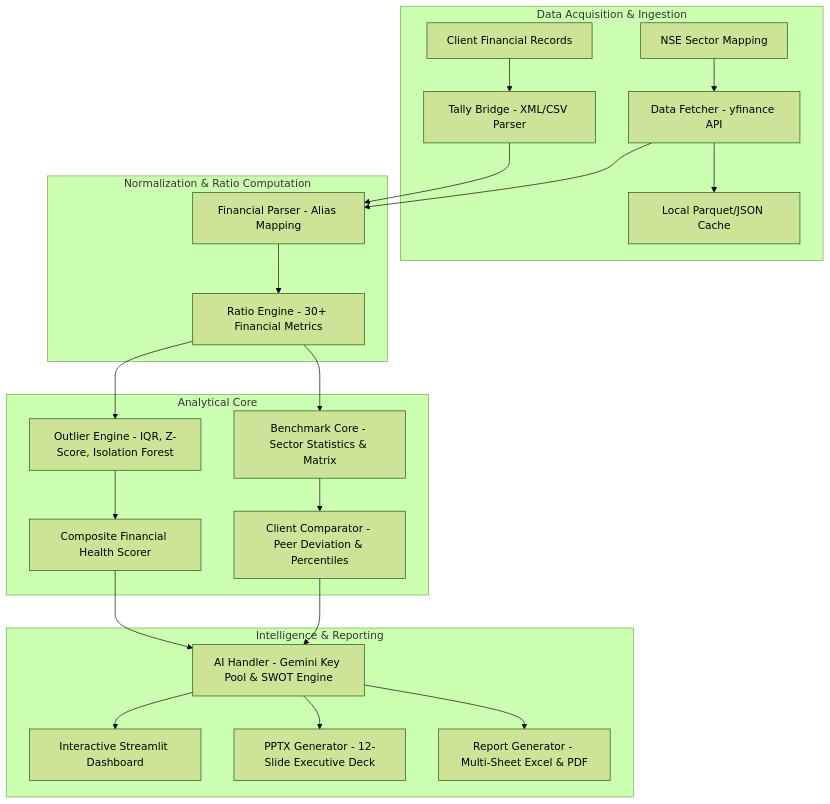
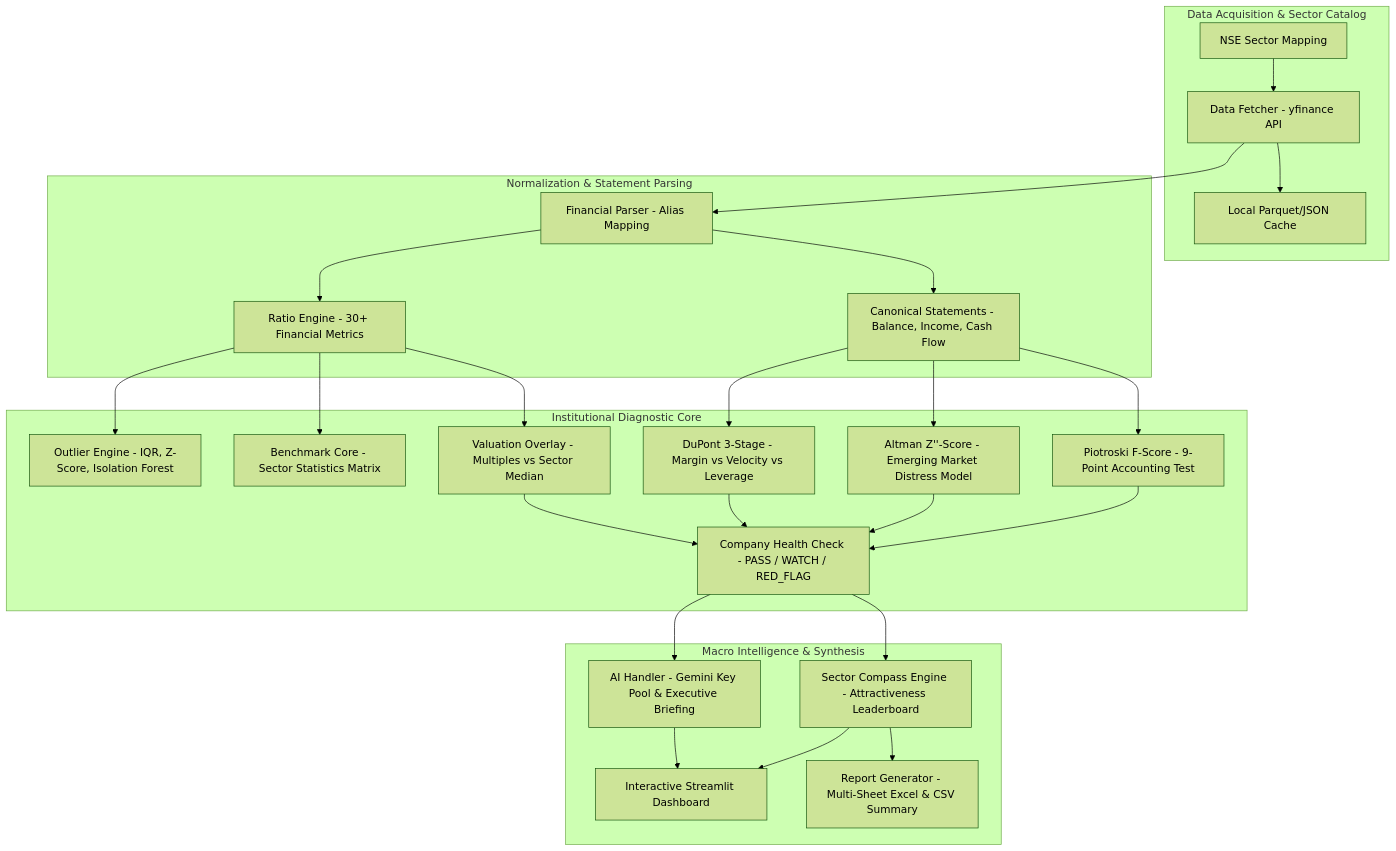
The first of 2 diagrams in README.md (hi1r0/finmetrics-PU), drawn with Mermaid (forest theme) before and after one commit. The commit also changed other lines of this file and 28 other files, not shown here.

Commit message:
feat: pivot to institutional investment choice and financial health checkup engine

````diff
--- a/README.md
+++ b/README.md
@@ -9,29 +11,30 @@
 ```mermaid
 graph TD
-    subgraph Data Acquisition & Ingestion
+    subgraph Data Acquisition & Sector Catalog
         A1[NSE Sector Mapping] --> B1[Data Fetcher - yfinance API]
-        A2[Client Financial Records] --> B2[Tally Bridge - XML/CSV Parser]
         B1 --> C1[Local Parquet/JSON Cache]
     end
 
-    subgraph Normalization & Ratio Computation
+    subgraph Normalization & Statement Parsing
         B1 --> D1[Financial Parser - Alias Mapping]
-        B2 --> D1
         D1 --> E1[Ratio Engine - 30+ Financial Metrics]
+        D1 --> E2[Canonical Statements - Balance, Income, Cash Flow]
     end
 
-    subgraph Analytical Core
+    subgraph Institutional Diagnostic Core
         E1 --> F1[Outlier Engine - IQR, Z-Score, Isolation Forest]
-        E1 --> F2[Benchmark Core - Sector Statistics & Matrix]
-        F2 --> G1[Client Comparator - Peer Deviation & Percentiles]
-        F1 --> H1[Composite Financial Health Scorer]
+        E1 --> F2[Benchmark Core - Sector Statistics Matrix]
+        E2 --> G1[Piotroski F-Score - 9-Point Accounting Test]
+        E2 --> G2[Altman Z''-Score - Emerging Market Distress Model]
+        E2 --> G3[DuPont 3-Stage - Margin vs Velocity vs Leverage]
+        E1 --> G4[Valuation Overlay - Multiples vs Sector Median]
+        G1 & G2 & G3 & G4 --> H1[Company Health Check - PASS / WATCH / RED_FLAG]
     end
 
-    subgraph Intelligence & Reporting
-        G1 --> I1[AI Handler - Gemini Key Pool & SWOT Engine]
-        H1 --> I1
-        I1 --> J1[Interactive Streamlit Dashboard]
-        I1 --> J2[PPTX Generator - 12-Slide Executive Deck]
-        I1 --> J3[Report Generator - Multi-Sheet Excel & PDF]
+    subgraph Macro Intelligence & Synthesis
+        H1 --> I1[Sector Compass Engine - Attractiveness Leaderboard]
+        H1 --> I2[AI Handler - Gemini Key Pool & Executive Briefing]
+        I1 & I2 --> J1[Interactive Streamlit Dashboard]
+        I1 --> J2[Report Generator - Multi-Sheet Excel & CSV Summary]
     end
 ```
````
